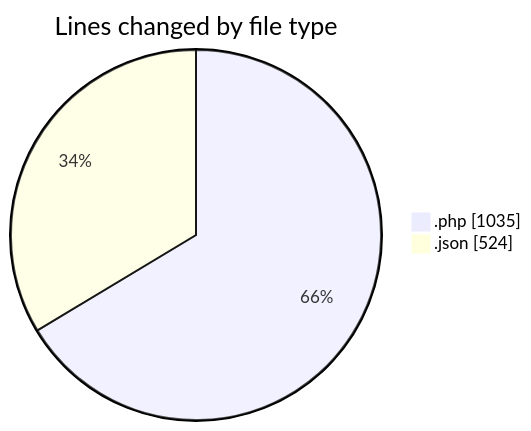
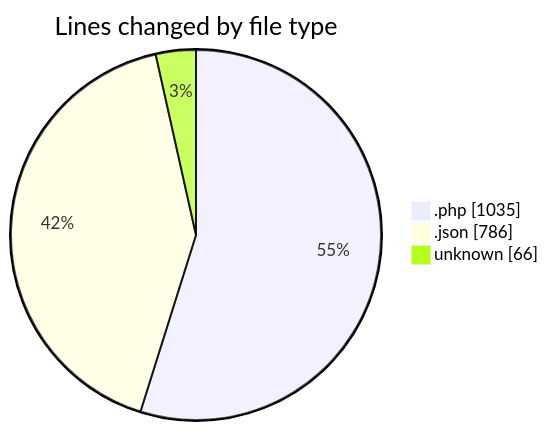
The first of 2 diagrams in 2025-11-11/futsal/README.md (idhammustaqopulfikri/code-tracking), drawn with Mermaid before and after one commit. The commit also changed other lines of this file and 1 other file, not shown here.

````diff
--- a/2025-11-11/futsal/README.md
+++ b/2025-11-11/futsal/README.md
@@ -35,6 +36,7 @@
 ```mermaid
 pie showData
 title Lines changed by file type
 ".php" : 1035
-".json" : 524
+".json" : 786
+"unknown" : 66
 ```
````
